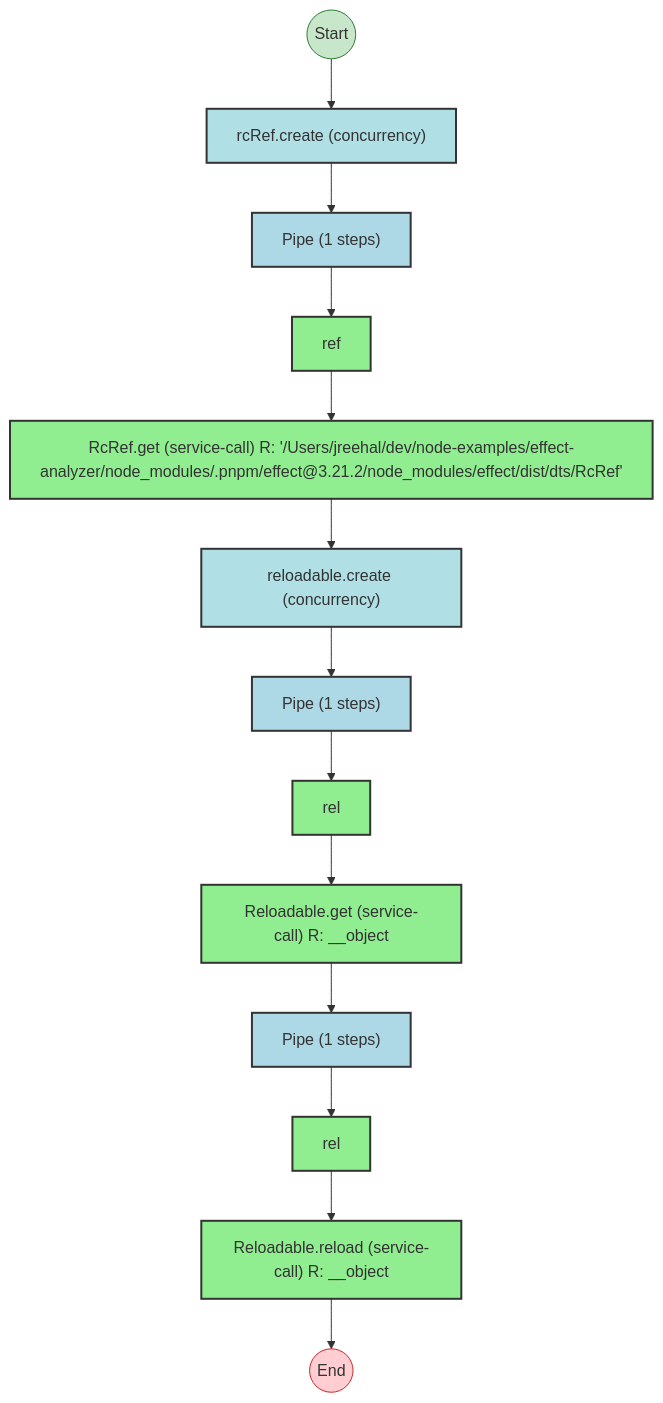
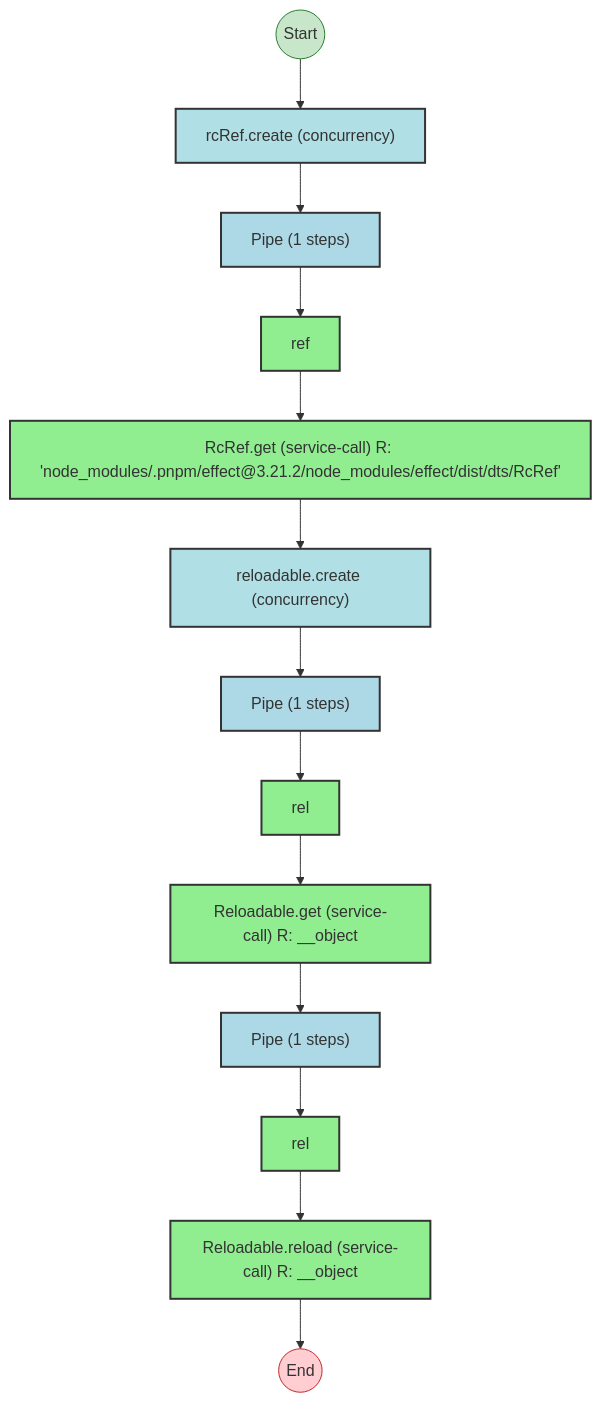
Before and after one commit to jagreehal/effect-analyzer: the diagram in packages/effect-analyzer/src/__fixtures__/rc-ref-reloadable.effect-analysis.md, drawn with Mermaid. The commit also changed other lines of this file and 113 other files, not shown here.

````diff
--- a/packages/effect-analyzer/src/__fixtures__/rc-ref-reloadable.effect-analysis.md
+++ b/packages/effect-analyzer/src/__fixtures__/rc-ref-reloadable.effect-analysis.md
@@ -13,54 +13,54 @@
 ```mermaid
 flowchart TB
 
   %% Program: prog
 
   start((Start))
   end_node((End))
 
   n2["rcRef.create (concurrency)"]
   n3["Pipe (1 steps)"]
   n4["ref"]
-  n5["RcRef.get (service-call) R: '/Users/jreehal/dev/node-examples/effect-analyzer/node_modules/.pnpm/effect@3.21.2/node_modules/effect/dist/dts/RcRef'"]
+  n5["RcRef.get (service-call) R: 'node_modules/.pnpm/effect@3.21.2/node_modules/effect/dist/dts/RcRef'"]
   n6["reloadable.create (concurrency)"]
   n7["Pipe (1 steps)"]
   n8["rel"]
   n9["Reloadable.get (service-call) R: __object"]
   n10["Pipe (1 steps)"]
   n11["rel"]
   n12["Reloadable.reload (service-call) R: __object"]
 
   %% Edges
   n4 --> n5
   n3 --> n4
   n2 --> n3
   n5 --> n6
   n8 --> n9
   n7 --> n8
   n6 --> n7
   n11 --> n12
   n10 --> n11
   n9 --> n10
   start --> n2
   n12 --> end_node
 
   %% Styles
   classDef startStyle fill:#c8e6c9,stroke:#2e7d32
   classDef endStyle fill:#ffcdd2,stroke:#c62828
   classDef effectStyle fill:#90EE90,stroke:#333,stroke-width:2px
   classDef pipeStyle fill:#ADD8E6,stroke:#333,stroke-width:2px
   classDef concurrencyPrimitiveStyle fill:#B0E0E6,stroke:#333,stroke-width:2px
   class start startStyle
   class end_node endStyle
   class n2 concurrencyPrimitiveStyle
   class n3 pipeStyle
   class n4 effectStyle
   class n5 effectStyle
   class n6 concurrencyPrimitiveStyle
   class n7 pipeStyle
   class n8 effectStyle
   class n9 effectStyle
   class n10 pipeStyle
   class n11 effectStyle
   class n12 effectStyle
 ```
````
